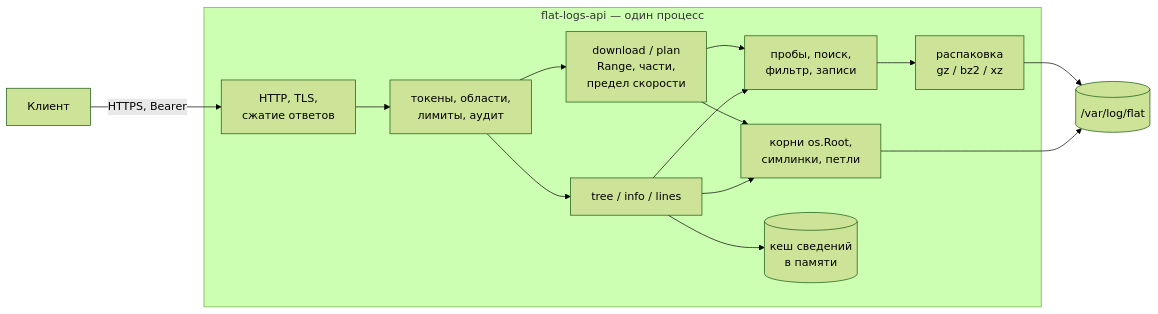
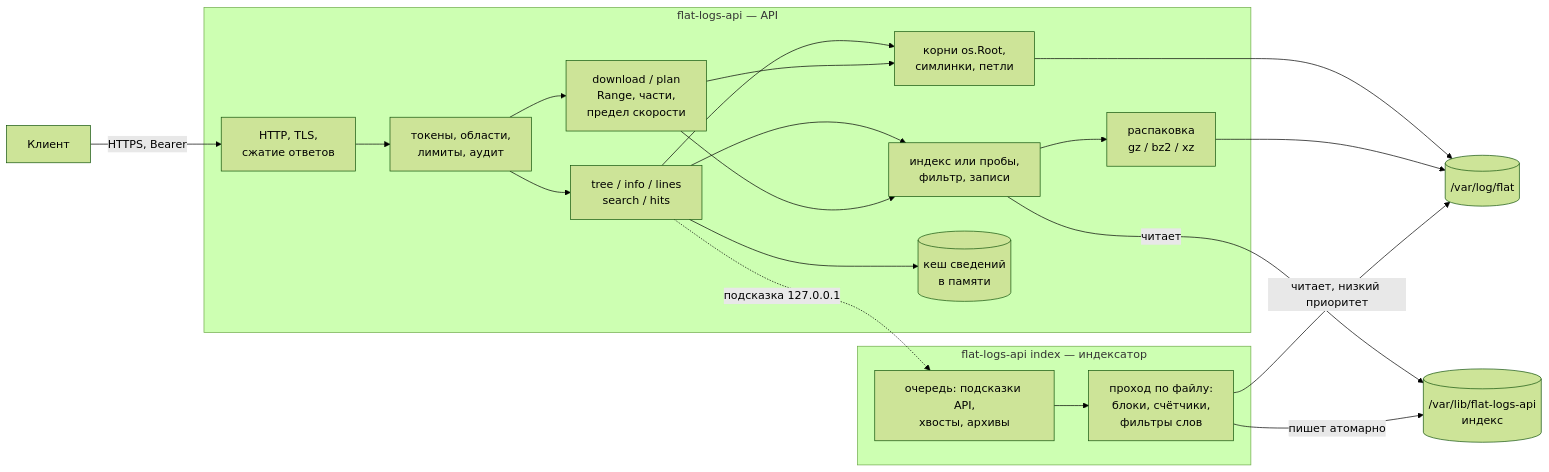
The fourth of 5 diagrams in agent_2/logs/02-design.md (Jlenin/Flat_chek), drawn with Mermaid (forest theme) before and after one commit. The commit also changed other lines of this file and 1 other file, not shown here.

First line of the commit message:
docs(agent_2): propose a light background index for the log API (levels 1-3)

````diff
--- a/agent_2/logs/02-design.md
+++ b/agent_2/logs/02-design.md
@@ -1269,17 +1671,24 @@
 ```mermaid
 flowchart LR
   C["Клиент"] -->|"HTTPS, Bearer"| H["HTTP, TLS,<br/>сжатие ответов"]
-  subgraph SVC["flat-logs-api — один процесс"]
+  subgraph SVC["flat-logs-api — API"]
     H --> AU["токены, области,<br/>лимиты, аудит"]
-    AU --> T["tree / info / lines"]
+    AU --> T["tree / info / lines<br/>search / hits"]
     AU --> D["download / plan<br/>Range, части,<br/>предел скорости"]
     T --> FS["корни os.Root,<br/>симлинки, петли"]
     D --> FS
-    T --> PR["пробы, поиск,<br/>фильтр, записи"]
+    T --> PR["индекс или пробы,<br/>фильтр, записи"]
     D --> PR
     PR --> DC["распаковка<br/>gz / bz2 / xz"]
     T --> CA[("кеш сведений<br/>в памяти")]
   end
+  subgraph IDX["flat-logs-api index — индексатор"]
+    Q["очередь: подсказки API,<br/>хвосты, архивы"] --> B["проход по файлу:<br/>блоки, счётчики,<br/>фильтры слов"]
+  end
+  PR -->|"читает"| ST[("/var/lib/flat-logs-api<br/>индекс")]
+  B -->|"пишет атомарно"| ST
+  T -.->|"подсказка 127.0.0.1"| Q
   FS --> F[("/var/log/flat")]
   DC --> F
+  B -->|"читает, низкий приоритет"| F
 ```
````
